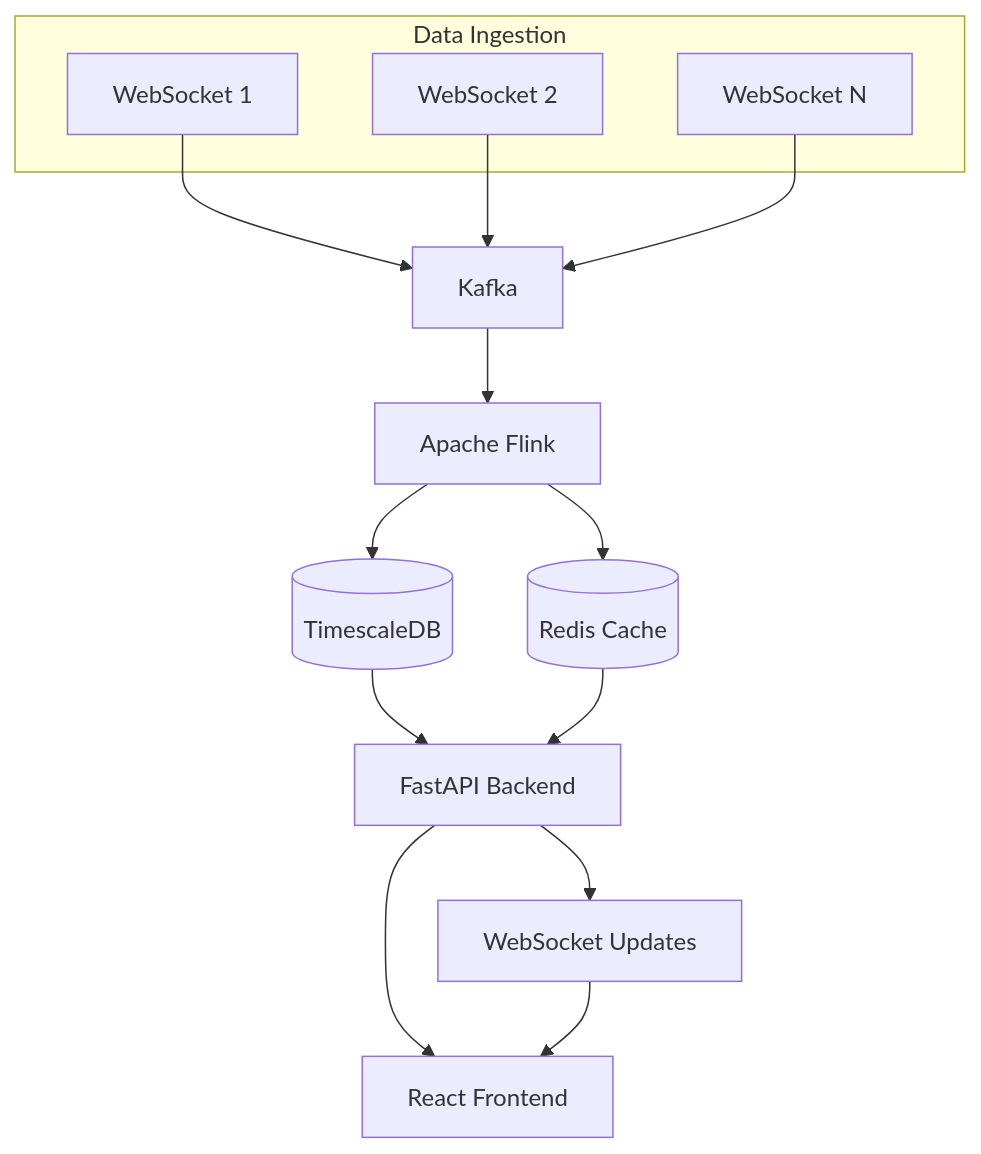
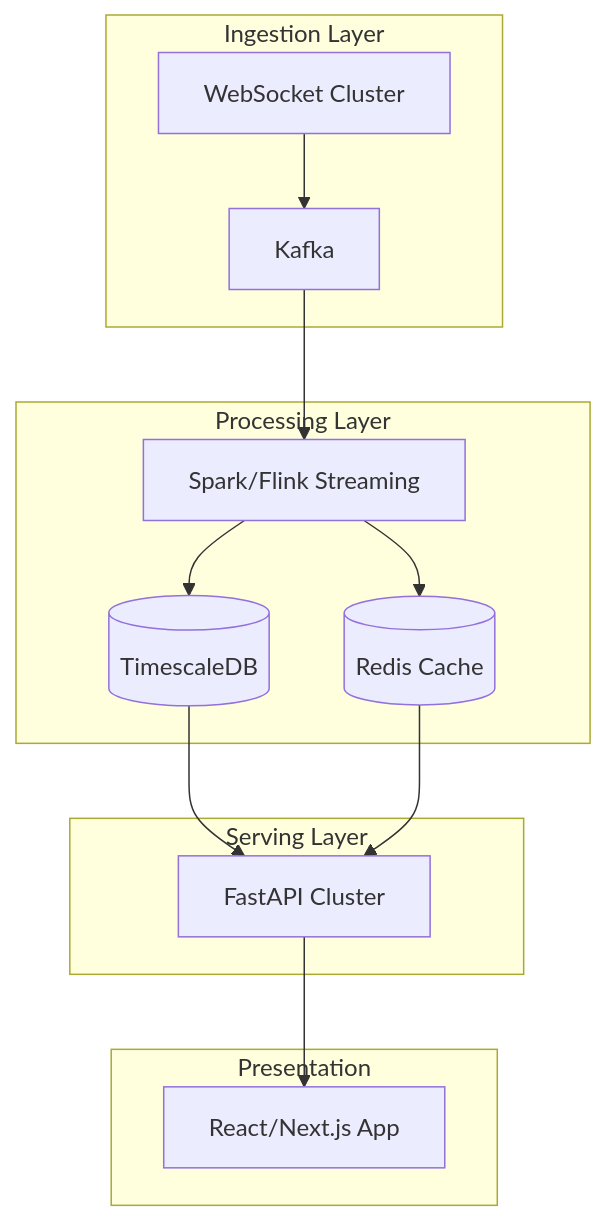
The fourth of 4 diagrams in ARCHITECTURE.md (Sujal1804/Gemscap), drawn with Mermaid before and after one commit. The commit also changed other lines of this file and 2 other files, not shown here.

Commit message:
docs: update system architecture and usage guides to match React+FastAPI stack

````diff
--- a/ARCHITECTURE.md
+++ b/ARCHITECTURE.md
@@ -210,23 +157,23 @@
 ```mermaid
 graph TB
-    subgraph "Data Ingestion"
-        WS1[WebSocket 1]
-        WS2[WebSocket 2]
-        WSN[WebSocket N]
+    subgraph "Ingestion Layer"
+        WS[WebSocket Cluster] --> K[Kafka]
     end
     
-    WS1 --> KF[Kafka]
-    WS2 --> KF
-    WSN --> KF
+    subgraph "Processing Layer"
+        K --> S[Spark/Flink Streaming]
+        S --> T[(TimescaleDB)]
+        S --> R[(Redis Cache)]
+    end
     
-    KF --> FL[Apache Flink]
-    FL --> TS[(TimescaleDB)]
-    FL --> RD[(Redis Cache)]
+    subgraph "Serving Layer"
+        API[FastAPI Cluster]
+        T --> API
+        R --> API
+    end
     
-    TS --> API[FastAPI Backend]
-    RD --> API
-    
-    API --> WEB[React Frontend]
-    API --> WS_OUT[WebSocket Updates]
-    WS_OUT --> WEB
+    subgraph "Presentation"
+        WEB[React/Next.js App]
+        API --> WEB
+    end
 ```
````
